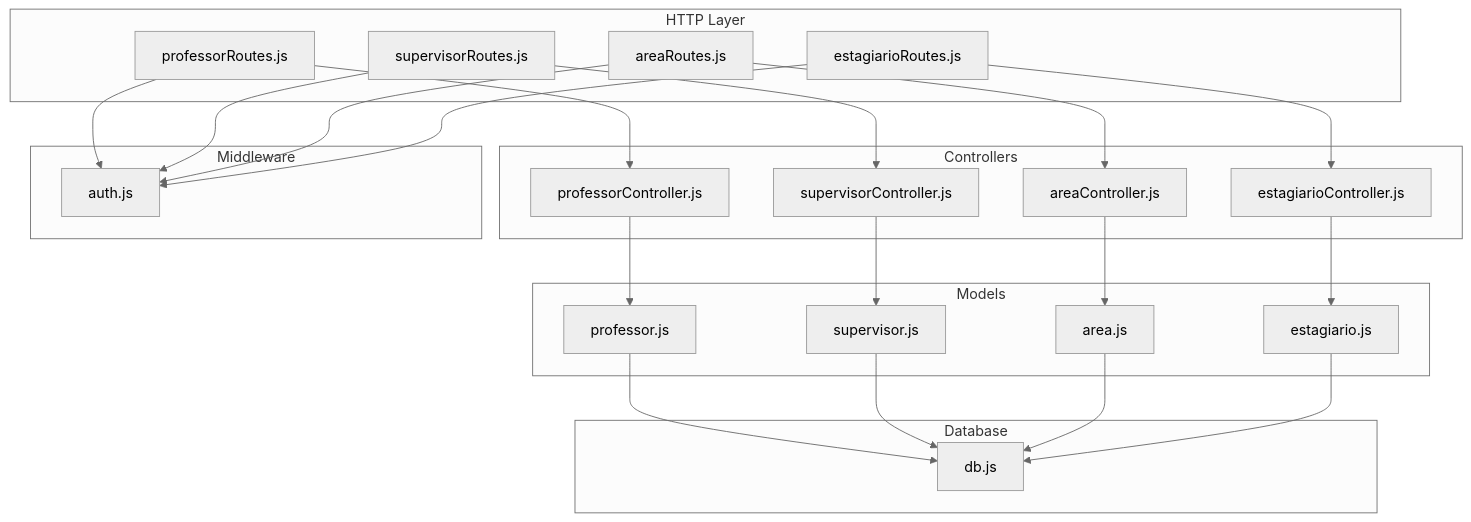
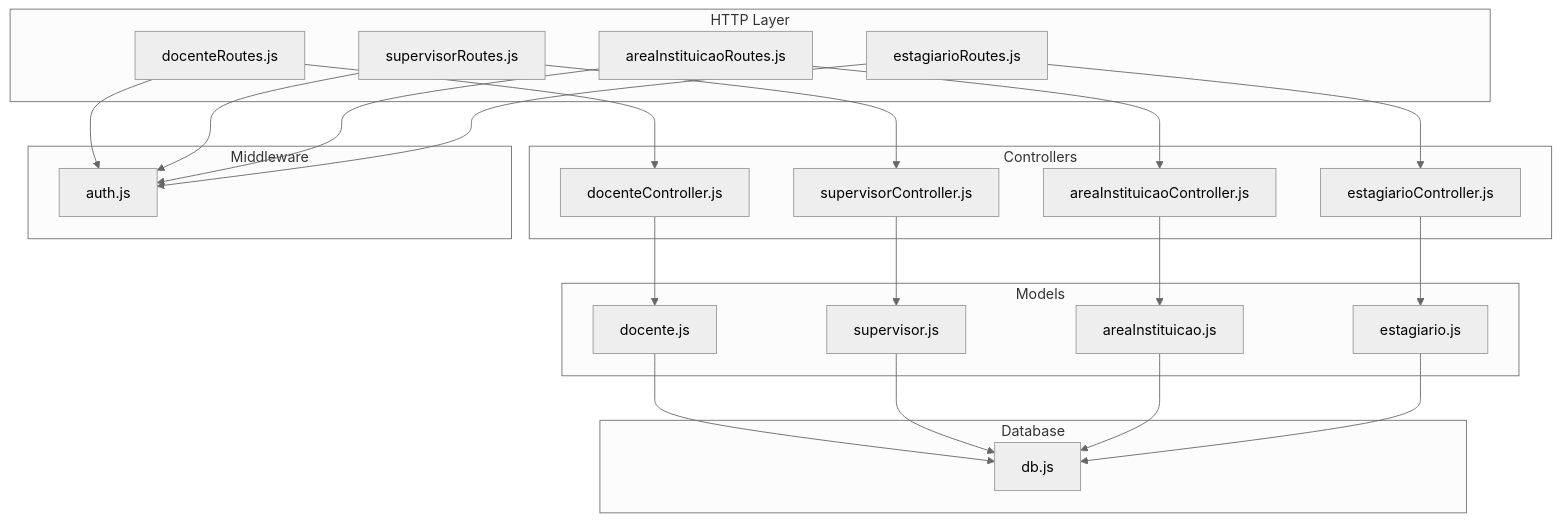
Before and after one commit to luiseduacosta/nodemural: the first of 7 diagrams in .qoder/repowiki/en/content/API Reference/Institutional Management APIs.md, drawn with Mermaid (neutral theme). The commit also changed other lines of this file and 27 other files, not shown here.

````diff
--- a/.qoder/repowiki/en/content/API Reference/Institutional Management APIs.md
+++ b/.qoder/repowiki/en/content/API Reference/Institutional Management APIs.md
@@ -47,43 +47,43 @@
 ```mermaid
 graph TB
 subgraph "HTTP Layer"
-DR["professorRoutes.js"]
+DR["docenteRoutes.js"]
 SR["supervisorRoutes.js"]
-AIR["areaRoutes.js"]
+AIR["areaInstituicaoRoutes.js"]
 ER["estagiarioRoutes.js"]
 end
 subgraph "Controllers"
-DC["professorController.js"]
+DC["docenteController.js"]
 SC["supervisorController.js"]
-AIC["areaController.js"]
+AIC["areaInstituicaoController.js"]
 EC["estagiarioController.js"]
 end
 subgraph "Models"
-DM["professor.js"]
+DM["docente.js"]
 SM["supervisor.js"]
-AIM["area.js"]
+AIM["areaInstituicao.js"]
 EM["estagiario.js"]
 end
 subgraph "Middleware"
 AM["auth.js"]
 end
 subgraph "Database"
 DB["db.js"]
 end
 DR --> DC
 SR --> SC
 AIR --> AIC
 ER --> EC
 DC --> DM
 SC --> SM
 AIC --> AIM
 EC --> EM
 DR --> AM
 SR --> AM
 AIR --> AM
 ER --> AM
 DM --> DB
 SM --> DB
 AIM --> DB
 EM --> DB
 ```
````
